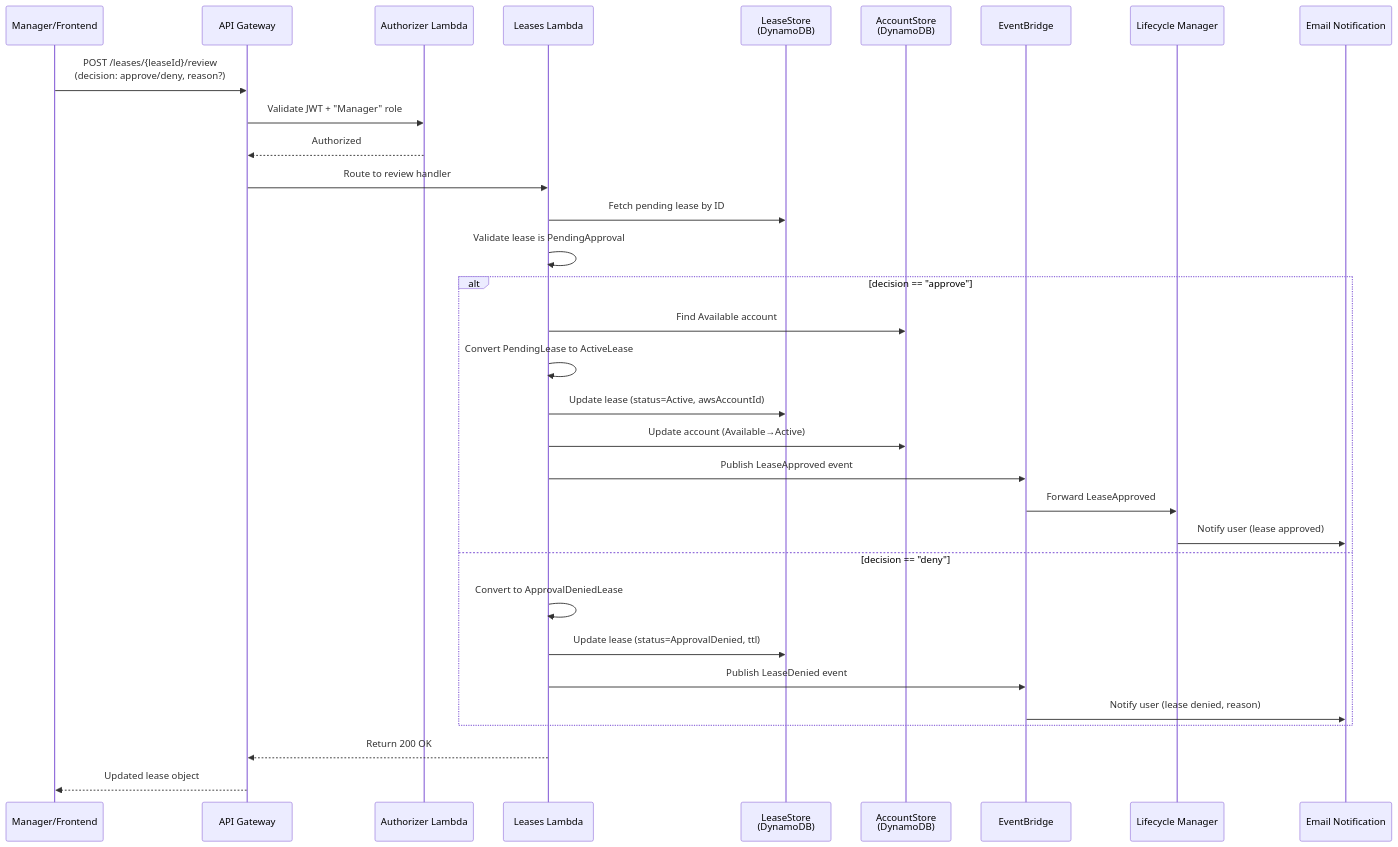
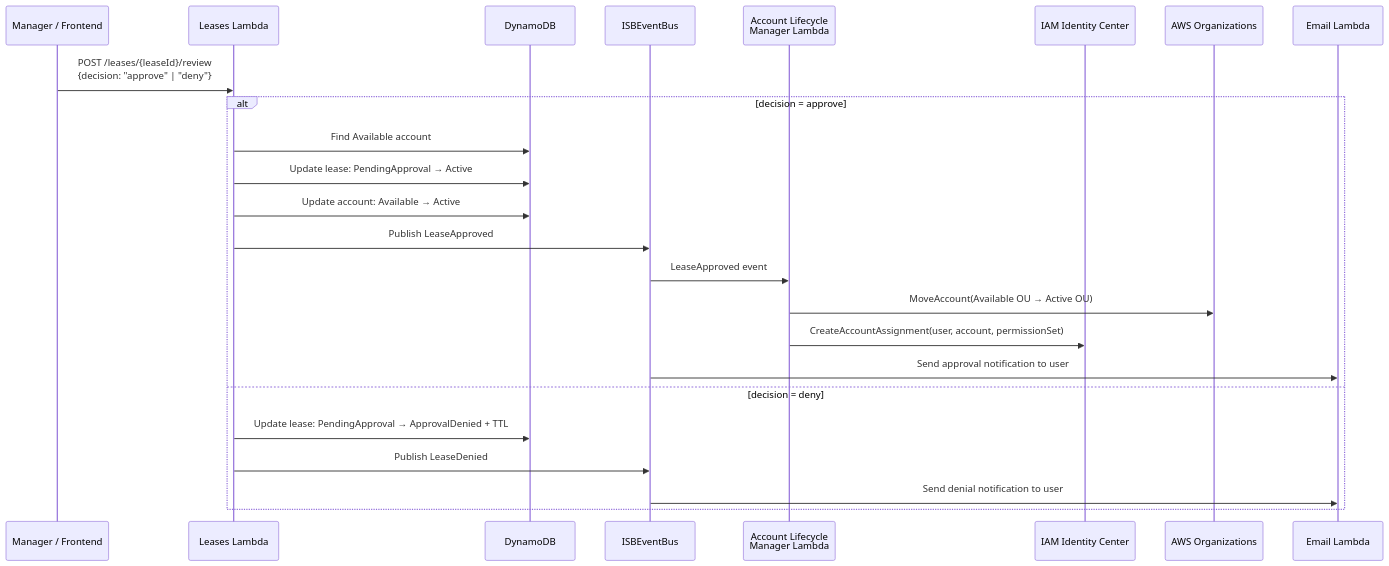
Before and after one commit to co-cddo/ndx-try-arch: the third of 8 diagrams in docs/11-lease-lifecycle.md, drawn with Mermaid. The commit also changed other lines of this file and 41 other files, not shown here.

First line of the commit message:
docs: update NDX architecture documentation (#9)

````diff
--- a/docs/11-lease-lifecycle.md
+++ b/docs/11-lease-lifecycle.md
@@ -184,43 +140,28 @@
 ```mermaid
 sequenceDiagram
-    participant Manager as Manager/Frontend
-    participant API as API Gateway
-    participant Authorizer as Authorizer Lambda
-    participant LeasesLambda as Leases Lambda
-    participant LeaseStore as LeaseStore<br/>(DynamoDB)
-    participant AccountStore as AccountStore<br/>(DynamoDB)
-    participant EventBus as EventBridge
-    participant LifecycleManager as Lifecycle Manager
-    participant EmailNotif as Email Notification
+    participant Manager as Manager / Frontend
+    participant Leases as Leases Lambda
+    participant DDB as DynamoDB
+    participant EB as ISBEventBus
+    participant ALM as Account Lifecycle<br/>Manager Lambda
+    participant IDC as IAM Identity Center
+    participant Orgs as AWS Organizations
+    participant Email as Email Lambda
 
-    Manager->>API: POST /leases/{leaseId}/review<br/>(decision: approve/deny, reason?)
-    
-    API->>Authorizer: Validate JWT + "Manager" role
-    Authorizer-->>API: Authorized
-    
-    API->>LeasesLambda: Route to review handler
-    
-    LeasesLambda->>LeaseStore: Fetch pending lease by ID
-    LeasesLambda->>LeasesLambda: Validate lease is PendingApproval
-    
-    alt decision == "approve"
-        LeasesLambda->>AccountStore: Find Available account
-        LeasesLambda->>LeasesLambda: Convert PendingLease to ActiveLease
-        LeasesLambda->>LeaseStore: Update lease (status=Active, awsAccountId)
-        LeasesLambda->>AccountStore: Update account (Available→Active)
-        LeasesLambda->>EventBus: Publish LeaseApproved event
-        
-        EventBus->>LifecycleManager: Forward LeaseApproved
-        LifecycleManager->>EmailNotif: Notify user (lease approved)
-        
-    else decision == "deny"
-        LeasesLambda->>LeasesLambda: Convert to ApprovalDeniedLease
-        LeasesLambda->>LeaseStore: Update lease (status=ApprovalDenied, ttl)
-        LeasesLambda->>EventBus: Publish LeaseDenied event
-        
-        EventBus->>EmailNotif: Notify user (lease denied, reason)
+    Manager->>Leases: POST /leases/{leaseId}/review<br/>{decision: "approve" | "deny"}
+
+    alt decision = approve
+        Leases->>DDB: Find Available account
+        Leases->>DDB: Update lease: PendingApproval → Active
+        Leases->>DDB: Update account: Available → Active
+        Leases->>EB: Publish LeaseApproved
+        EB->>ALM: LeaseApproved event
+        ALM->>Orgs: MoveAccount(Available OU → Active OU)
+        ALM->>IDC: CreateAccountAssignment(user, account, permissionSet)
+        EB->>Email: Send approval notification to user
+    else decision = deny
+        Leases->>DDB: Update lease: PendingApproval → ApprovalDenied + TTL
+        Leases->>EB: Publish LeaseDenied
+        EB->>Email: Send denial notification to user
     end
-    
-    LeasesLambda-->>API: Return 200 OK
-    API-->>Manager: Updated lease object
 ```
````
